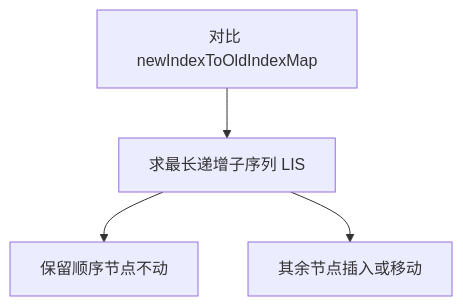
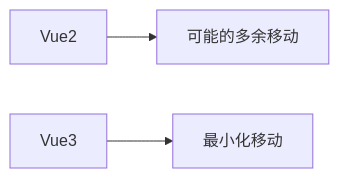
Before and after one commit to hzjswlgbsj/blog: the sixth of 7 diagrams in vue/理解diff算法.md, drawn with Mermaid. The commit also changed other lines of this file, not shown here.

Commit message:
feat: 在理解 diff 中增加 LIS 算法的简单分析

````diff
--- a/vue/理解diff算法.md
+++ b/vue/理解diff算法.md
@@ -224,6 +378,5 @@
 ```mermaid
-flowchart TD
-  A[对比 newIndexToOldIndexMap] --> B[求最长递增子序列 LIS]
-  B --> C[保留顺序节点不动]
-  B --> D[其余节点插入或移动]
+flowchart LR
+  A[Vue2] --> B[可能的多余移动]
+  C[Vue3] --> D[最小化移动]
 ```
````
